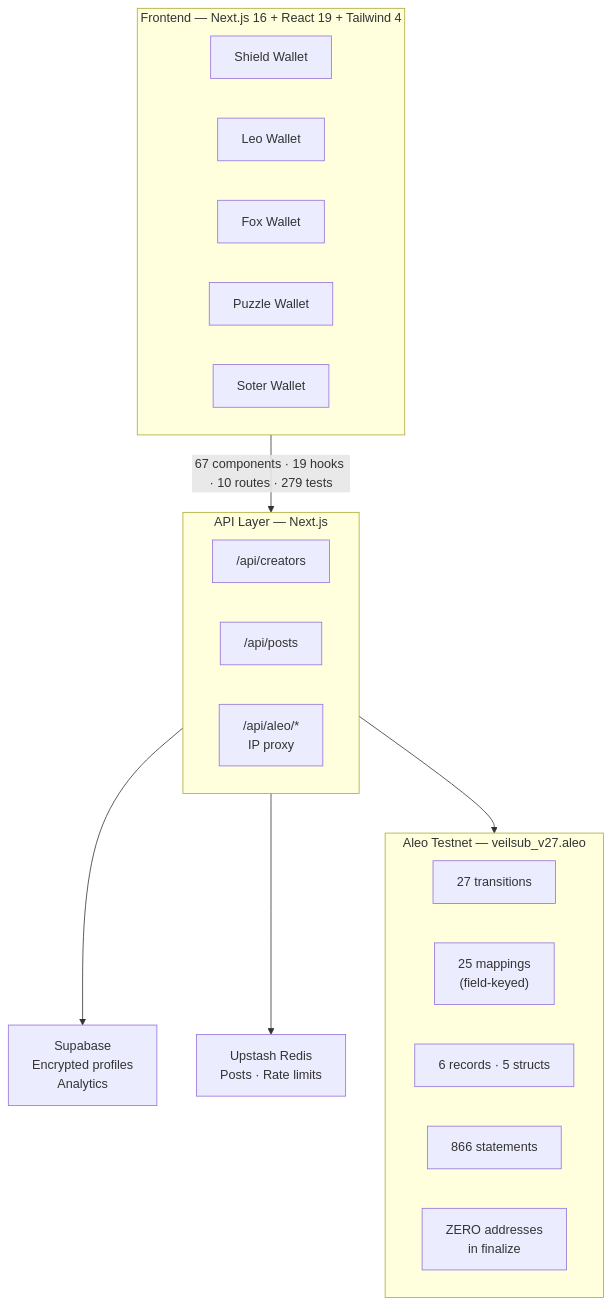
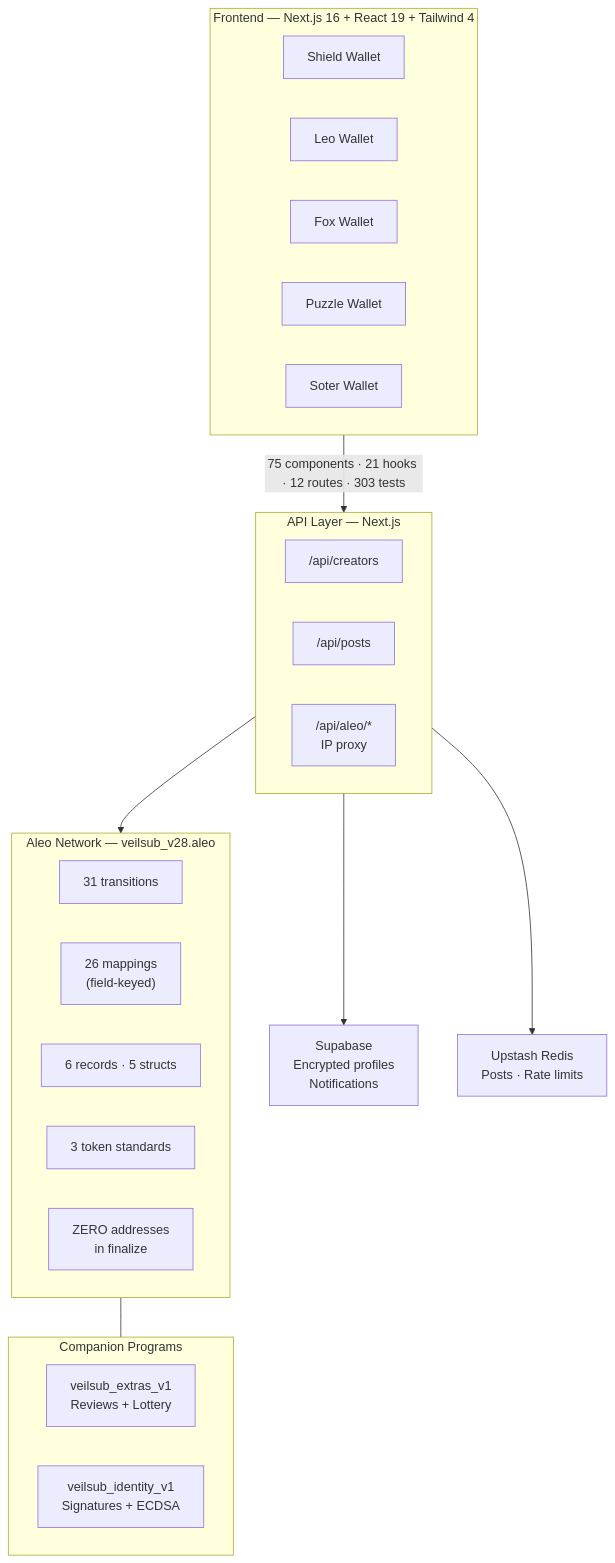
The second of 2 diagrams in README.md (Pratiikpy/Veil-Sub), drawn with Mermaid before and after one commit. The commit also changed other lines of this file and 91 other files, not shown here.

````diff
--- a/README.md
+++ b/README.md
@@ -165,33 +165,41 @@
 ```mermaid
 graph TD
     subgraph Frontend["Frontend — Next.js 16 + React 19 + Tailwind 4"]
         direction LR
         W1[Shield Wallet]
         W2[Leo Wallet]
         W3[Fox Wallet]
         W4[Puzzle Wallet]
         W5[Soter Wallet]
     end
 
-    Frontend -->|"67 components · 19 hooks · 10 routes · 279 tests"| API
+    Frontend -->|"75 components · 21 hooks · 12 routes · 303 tests"| API
 
     subgraph API["API Layer — Next.js"]
         direction LR
         A1["/api/creators"]
         A2["/api/posts"]
         A3["/api/aleo/*<br/>IP proxy"]
     end
 
-    A1 --> Supa["Supabase<br/>Encrypted profiles<br/>Analytics"]
+    A1 --> Supa["Supabase<br/>Encrypted profiles<br/>Notifications"]
     A2 --> Redis["Upstash Redis<br/>Posts · Rate limits"]
     A3 --> Aleo
 
-    subgraph Aleo["Aleo Testnet — veilsub_v27.aleo"]
+    subgraph Aleo["Aleo Network — veilsub_v28.aleo"]
         direction LR
-        T["27 transitions"]
-        M["25 mappings<br/>(field-keyed)"]
+        T["31 transitions"]
+        M["26 mappings<br/>(field-keyed)"]
         R["6 records · 5 structs"]
-        S["866 statements"]
+        S["3 token standards"]
         Z["ZERO addresses<br/>in finalize"]
     end
+
+    subgraph Companion["Companion Programs"]
+        direction LR
+        E["veilsub_extras_v1<br/>Reviews + Lottery"]
+        I["veilsub_identity_v1<br/>Signatures + ECDSA"]
+    end
+
+    Aleo --- Companion
 ```
````
